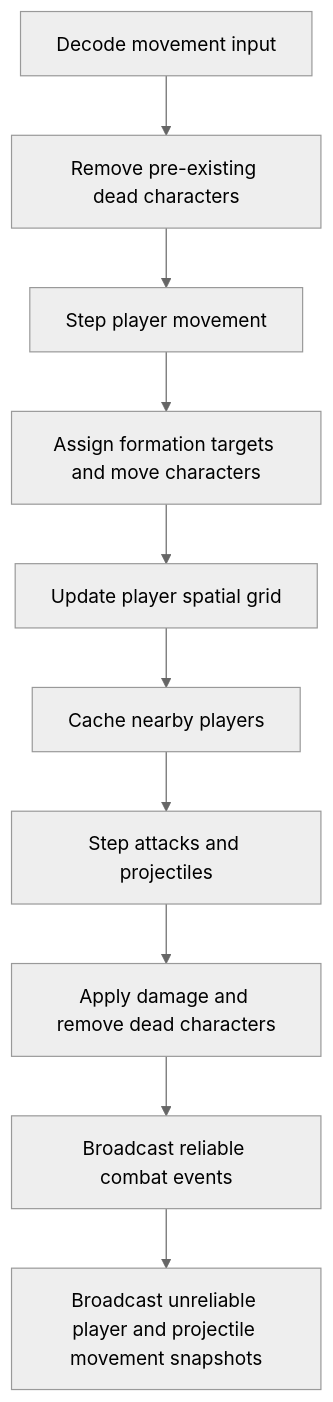
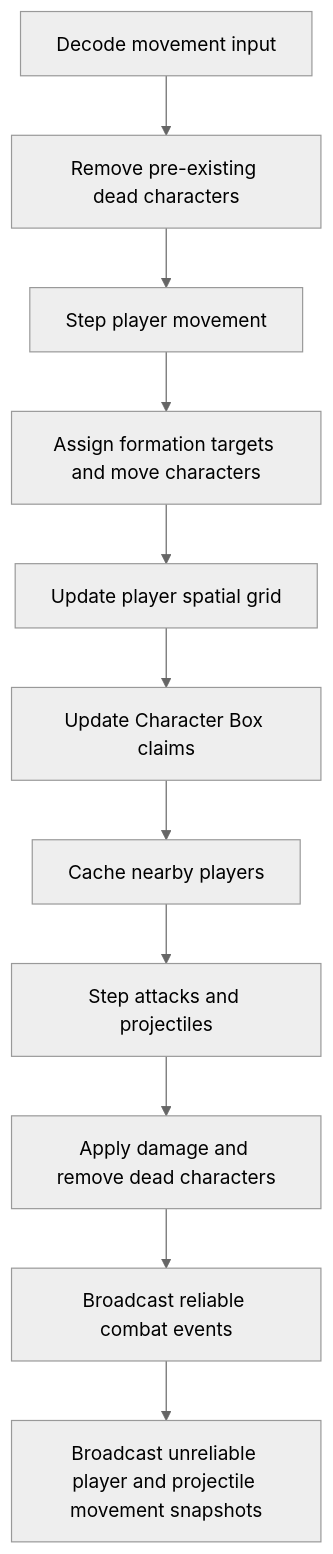
The first of 2 diagrams in docs/architecture.md (Zeal-Games-Studio-Development/squad-survival-server), drawn with Mermaid (neutral theme) before and after one commit. The commit also changed other lines of this file and 14 other files, not shown here.

Commit message:
add character box unbox delay

````diff
--- a/docs/architecture.md
+++ b/docs/architecture.md
@@ -34,12 +35,13 @@
 ```mermaid
 flowchart TD
     A[Decode movement input] --> B[Remove pre-existing dead characters]
     B --> C[Step player movement]
     C --> D[Assign formation targets and move characters]
     D --> E[Update player spatial grid]
-    E --> F[Cache nearby players]
-    F --> G[Step attacks and projectiles]
-    G --> H[Apply damage and remove dead characters]
-    H --> I[Broadcast reliable combat events]
-    I --> J[Broadcast unreliable player and projectile movement snapshots]
+    E --> F[Update Character Box claims]
+    F --> G[Cache nearby players]
+    G --> H[Step attacks and projectiles]
+    H --> I[Apply damage and remove dead characters]
+    I --> J[Broadcast reliable combat events]
+    J --> K[Broadcast unreliable player and projectile movement snapshots]
 ```
````
